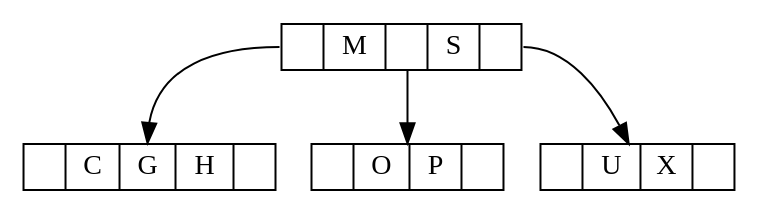
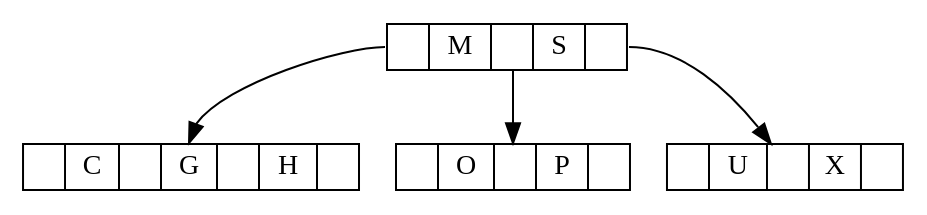
The diagram in Assignment 4/step9.dot (ericfode/CS320), drawn with Graphviz before and after one commit. The commit also changed 10 other files, not shown here.

```diff
--- a/Assignment 4/step9.dot
+++ b/Assignment 4/step9.dot
@@ -1,12 +1,11 @@
 digraph one {
 	node [shape = record, height=.1];
 	node0[label = "<f0> | <f1> M | <f2> |<f3> S| <f4> "];
-	node1[label = "<f0> | <f1> C | <f2> G |<f3> H | <f4> "];
-	node2[label = "<f0> | <f1> O | <f2> P | <f3> "];
-	node3[label = "<f0> |<f1> U | <f2> X | <f3>"];
+	node1[label = "<f0> | <f1> C || <f2> G ||<f3> H | <f4> "];
+	node2[label = "<f0> | <f1> O || <f2> P | <f3> "];
+	node3[label = "<f0> |<f1> U || <f2> X | <f3>"];
 	
 	"node0":f0 -> "node1":f2;
 	"node0":f2 -> "node2";
 	"node0":f4 -> "node3";
-
 }
```
